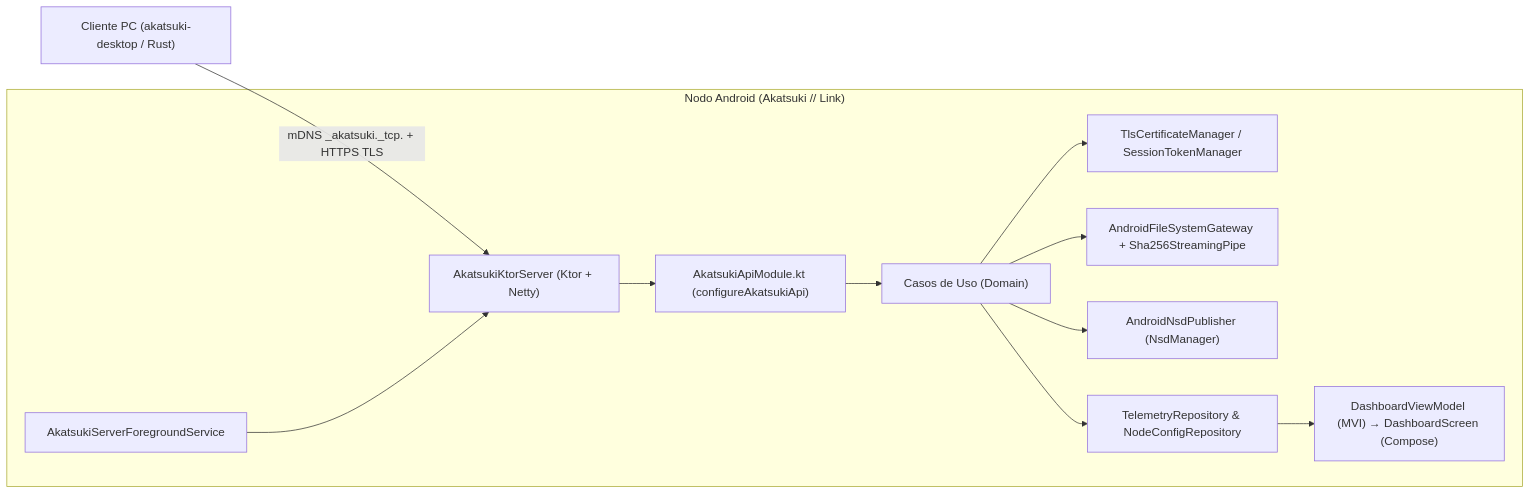
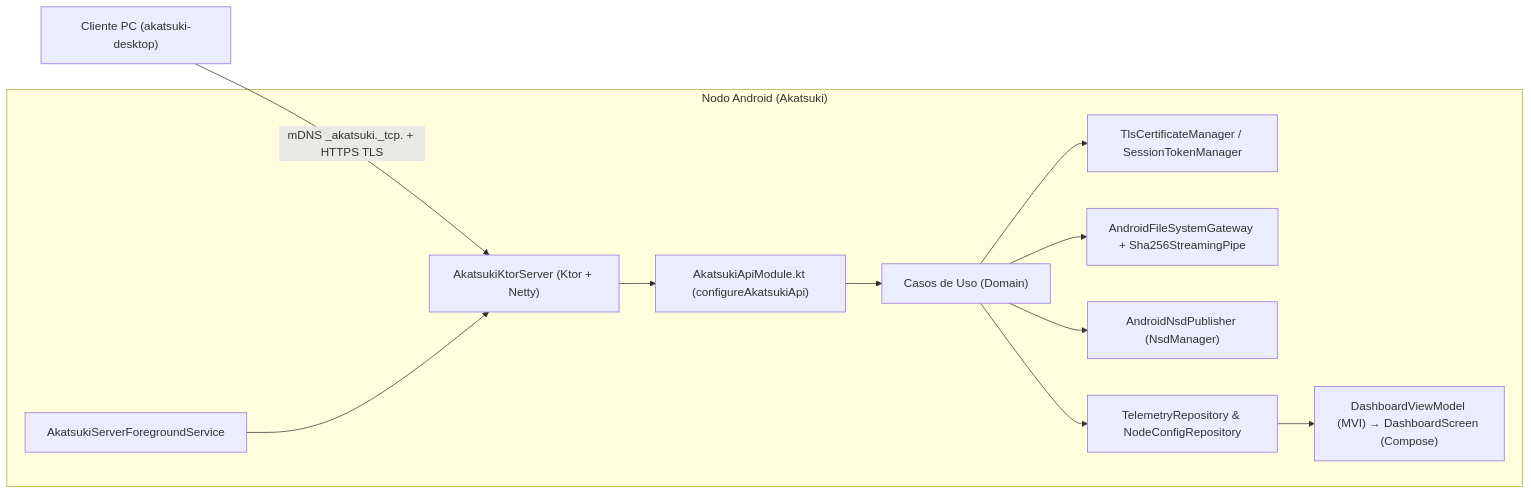
Before and after one commit to alexandevcwa/akatsuki-app: the diagram in README.md, drawn with Mermaid. The commit also changed other lines of this file and 1 other file, not shown here.

````diff
--- a/README.md
+++ b/README.md
@@ -39,14 +39,14 @@
 ```mermaid
 flowchart LR
-    PC["Cliente PC (akatsuki-desktop / Rust)"] -->|mDNS _akatsuki._tcp. + HTTPS TLS| Ktor["AkatsukiKtorServer (Ktor + Netty)"]
-    subgraph Android["Nodo Android (Akatsuki // Link)"]
+    PC["Cliente PC (akatsuki-desktop)"] -->|mDNS _akatsuki._tcp. + HTTPS TLS| Ktor["AkatsukiKtorServer (Ktor + Netty)"]
+    subgraph Android["Nodo Android (Akatsuki)"]
         Service["AkatsukiServerForegroundService"] --> Ktor
         Ktor --> API["AkatsukiApiModule.kt (configureAkatsukiApi)"]
         API --> UC["Casos de Uso (Domain)"]
         UC --> Crypto["TlsCertificateManager / SessionTokenManager"]
         UC --> FS["AndroidFileSystemGateway + Sha256StreamingPipe"]
         UC --> NSD["AndroidNsdPublisher (NsdManager)"]
         UC --> Repo["TelemetryRepository & NodeConfigRepository"]
         Repo --> HUD["DashboardViewModel (MVI) → DashboardScreen (Compose)"]
     end
 ```
````
